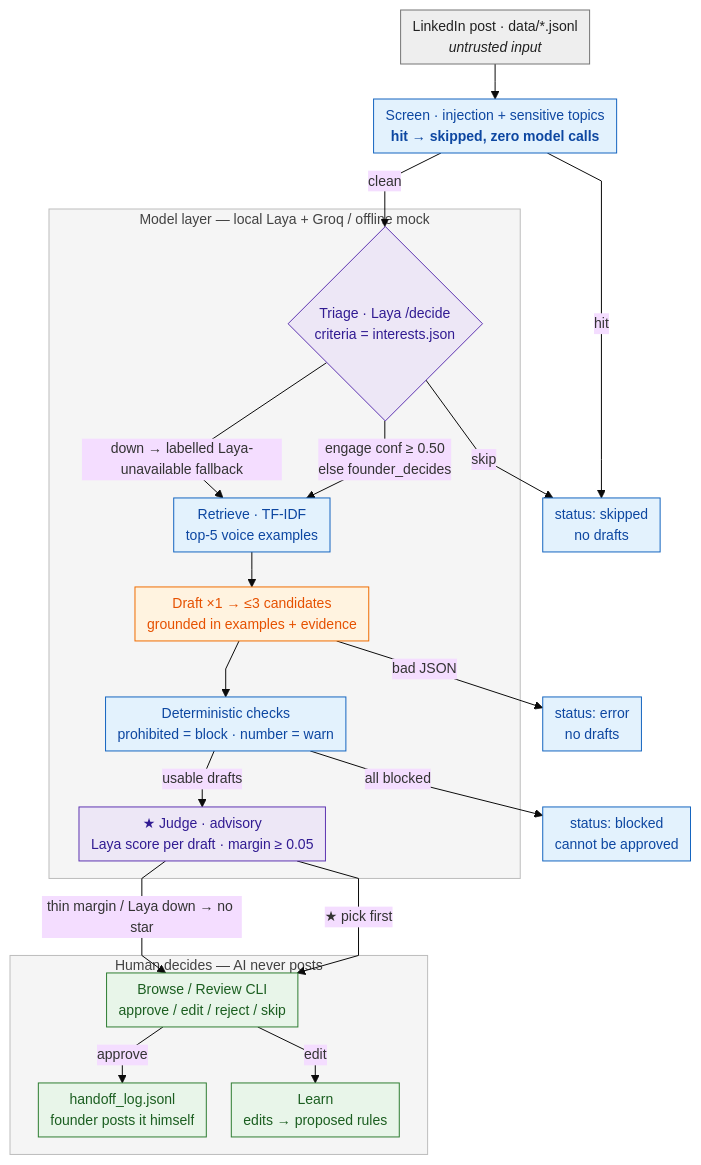
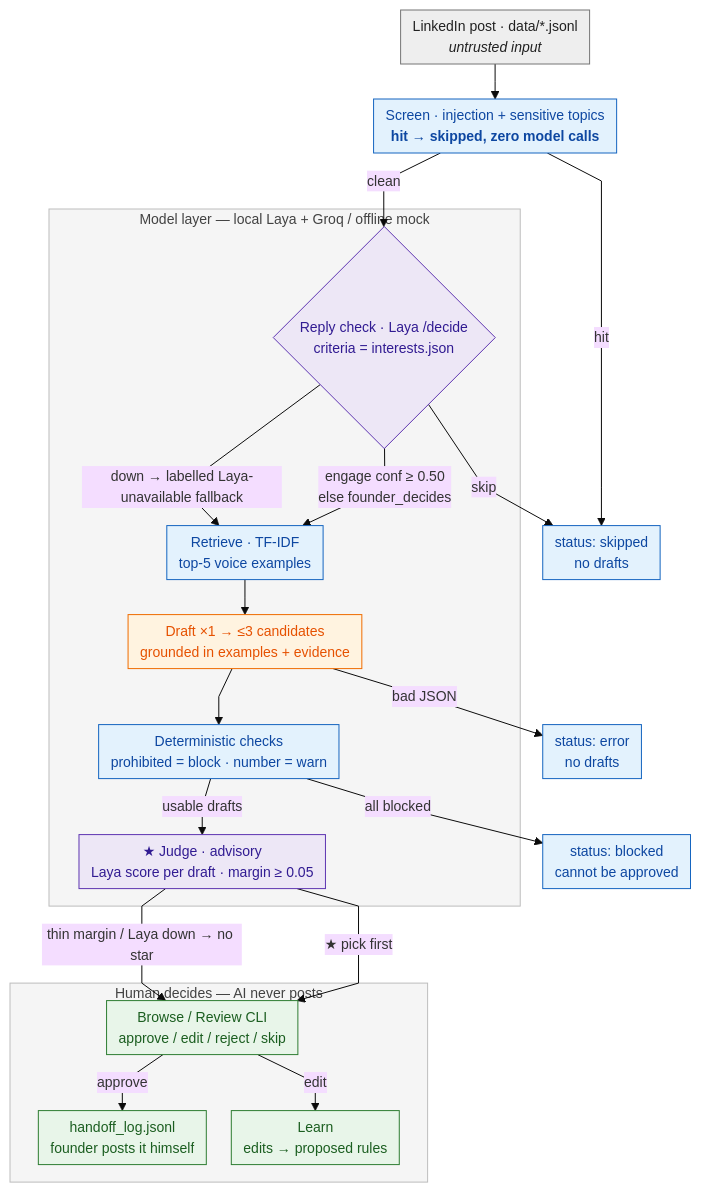
The diagram in README.md (Pranshu23x/byro-challenge), drawn with Mermaid before and after one commit. The commit also changed other lines of this file and 3 other files, not shown here.

````diff
--- a/README.md
+++ b/README.md
@@ -251,49 +180,49 @@
 ```mermaid
 %%{init: {"theme":"base", "themeVariables": {"fontSize":"14px"}, "flowchart": {"curve": "linear", "nodeSpacing":25, "rankSpacing":35, "padding":6, "wrappingWidth": 240}}}%%
 flowchart TD
     P["LinkedIn post · data/*.jsonl<br/><em>untrusted input</em>"]:::untrusted
 
     S["Screen · injection + sensitive topics<br/><b>hit → skipped, zero model calls</b>"]:::det
 
     subgraph MODELS["Model layer — local Laya + Groq / offline mock"]
-        T{"Triage · Laya /decide<br/>criteria = interests.json"}:::laya
+        T{"Reply check · Laya /decide<br/>criteria = interests.json"}:::laya
         RT["Retrieve · TF-IDF<br/>top-5 voice examples"]:::det
         DR["Draft ×1 → ≤3 candidates<br/>grounded in examples + evidence"]:::model
         CH["Deterministic checks<br/>prohibited = block · number = warn"]:::det
         JD["★ Judge · advisory<br/>Laya score per draft · margin ≥ 0.05"]:::laya
     end
 
     subgraph HUMAN["Human decides — AI never posts"]
         RV["Browse / Review CLI<br/>approve / edit / reject / skip"]:::human
         HO["handoff_log.jsonl<br/>founder posts it himself"]:::human
         LN["Learn<br/>edits → proposed rules"]:::human
     end
 
     SK["status: skipped<br/>no drafts"]:::det
     ER["status: error<br/>no drafts"]:::det
     BK["status: blocked<br/>cannot be approved"]:::det
 
     P --> S
     S -->|"clean"| T
     S -->|"hit"| SK
     T -->|"skip"| SK
     T -->|"down → labelled Laya-unavailable fallback"| RT
     T -->|"engage conf ≥ 0.50<br/>else founder_decides"| RT
     RT --> DR
     DR -->|"bad JSON"| ER
     DR --> CH
     CH -->|"all blocked"| BK
     CH -->|"usable drafts"| JD
     JD -->|"thin margin / Laya down → no star"| RV
     JD -->|"★ pick first"| RV
     RV -->|"approve"| HO
     RV -->|"edit"| LN
 
     classDef untrusted fill:#eeeeee,stroke:#757575,color:#212121
     classDef det fill:#e3f2fd,stroke:#1565c0,color:#0d47a1
     classDef laya fill:#ede7f6,stroke:#5e35b1,color:#311b92
     classDef model fill:#fff3e0,stroke:#ef6c00,color:#e65100
     classDef human fill:#e8f5e9,stroke:#2e7d32,color:#1b5e20
     style MODELS fill:#f5f5f5,stroke:#bdbdbd,color:#424242
     style HUMAN fill:#f5f5f5,stroke:#bdbdbd,color:#424242
 ```
````
